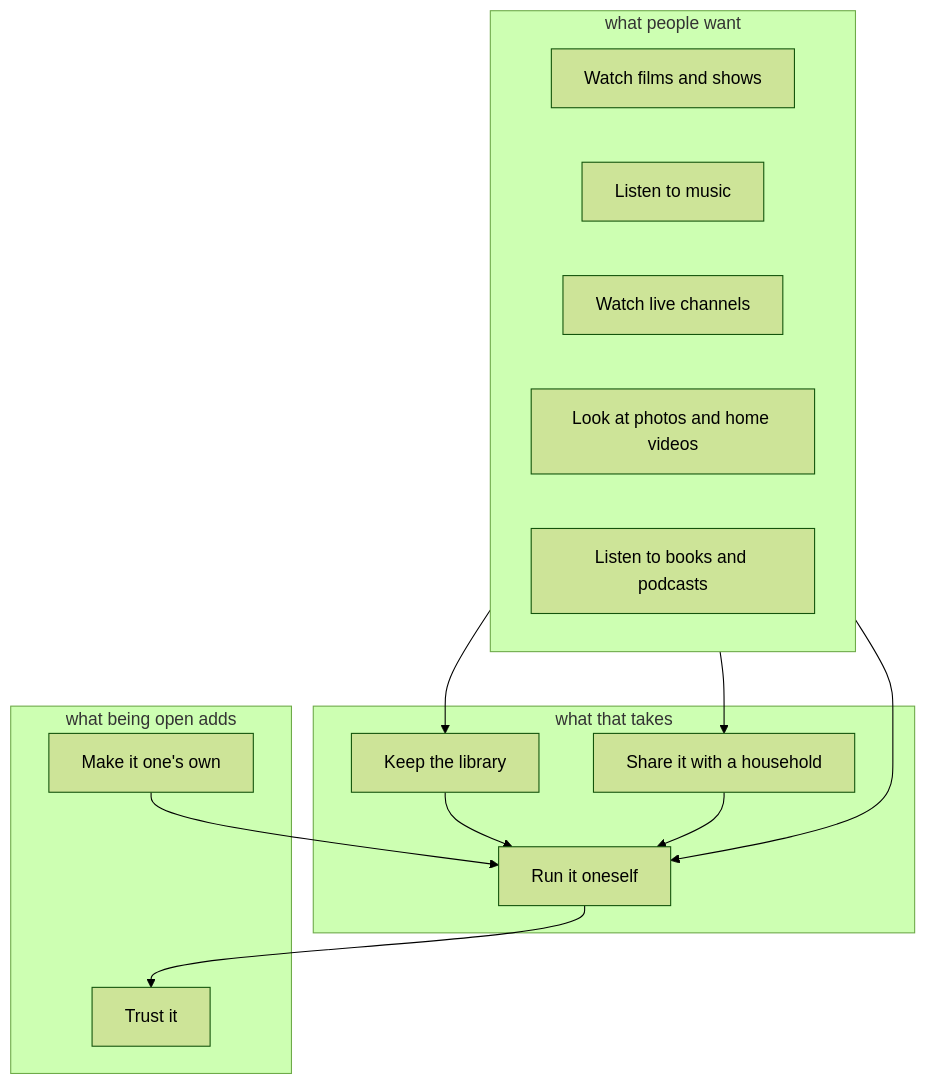
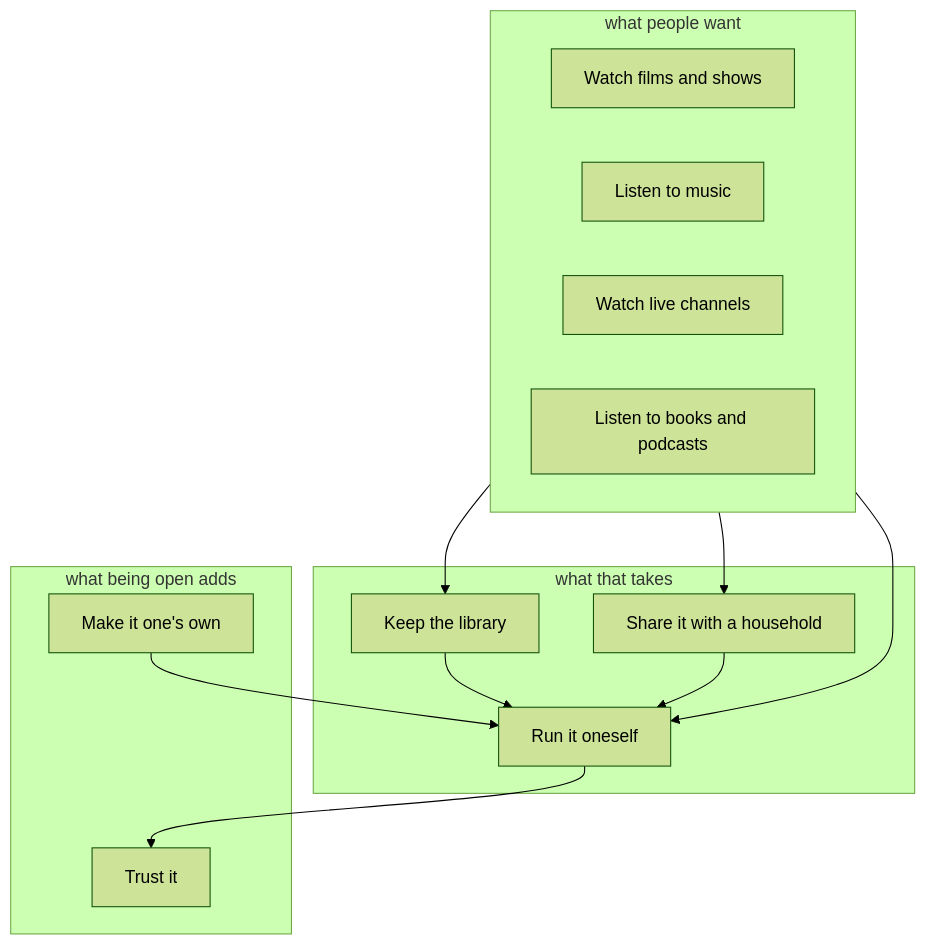
The diagram in spec/goals/README.md (zaentrum/zaentrum), drawn with Mermaid (forest theme) before and after one commit. The commit also changed other lines of this file and 7 other files, not shown here.

Commit message:
spec(goals): photos and home videos are not a goal - zaentrum is for what a household owns, not for what it made itself; the goal goes, with its one group, capability and expectation, and the goals page says so

````diff
--- a/spec/goals/README.md
+++ b/spec/goals/README.md
@@ -62,19 +65,19 @@
 ```mermaid
 flowchart TD
   subgraph k_use["what people want"]
-    g_watch["Watch films and shows"]; g_listen["Listen to music"]; g_live["Watch live channels"]; g_photos["Look at photos and home videos"]; g_books["Listen to books and podcasts"]
+    g_watch["Watch films and shows"]; g_listen["Listen to music"]; g_live["Watch live channels"]; g_books["Listen to books and podcasts"]
   end
   subgraph k_enable["what that takes"]
     g_library["Keep the library"]; g_people["Share it with a household"]; g_run["Run it oneself"]
   end
   subgraph k_open["what being open adds"]
     g_extend["Make it one's own"]; g_trust["Trust it"]
   end
   k_use --> g_library
   k_use --> g_people
   k_use --> g_run
   g_library --> g_run
   g_people --> g_run
   g_run --> g_trust
   g_extend --> g_run
 ```
````
